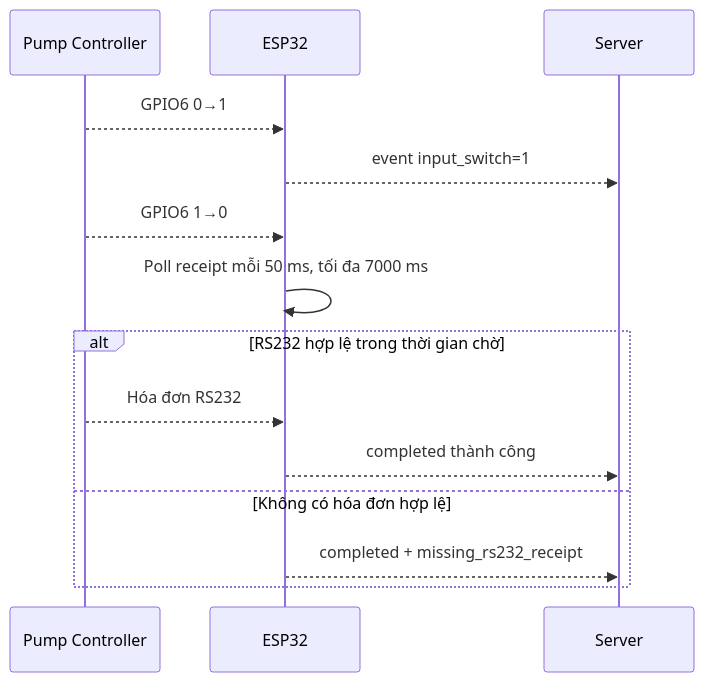
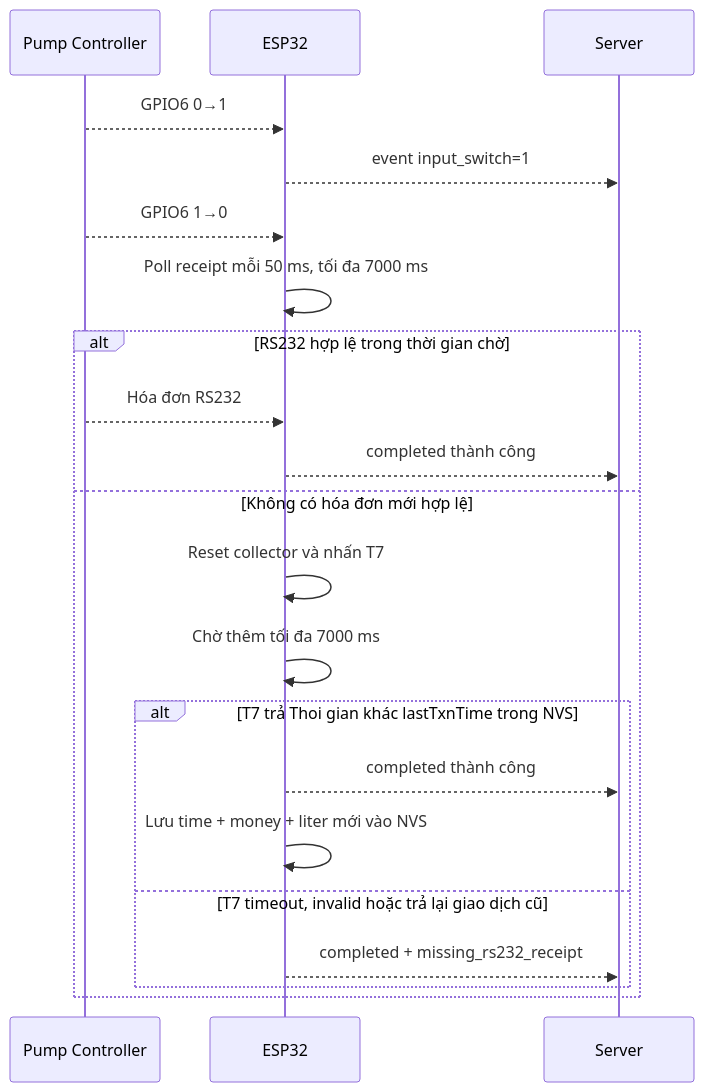
One commit to kenhkythuat/automatic_fuel_pump changed the fourth of 6 diagrams in docs/iot/payment-transaction-event/flow.md. Above: the diagram before and after it, drawn with Mermaid. The commit also changed other lines of this file and 8 other files, not shown here.

Commit message:
fix missing rs232 and add timeout 7s of version 21

````diff
--- a/docs/iot/payment-transaction-event/flow.md
+++ b/docs/iot/payment-transaction-event/flow.md
@@ -95,17 +97,24 @@
 ```mermaid
 sequenceDiagram
     participant P as Pump Controller
     participant E as ESP32
     participant S as Server
 
     P-->>E: GPIO6 0→1
     E-->>S: event input_switch=1
     P-->>E: GPIO6 1→0
     E->>E: Poll receipt mỗi 50 ms, tối đa 7000 ms
     alt RS232 hợp lệ trong thời gian chờ
         P-->>E: Hóa đơn RS232
         E-->>S: completed thành công
-    else Không có hóa đơn hợp lệ
-        E-->>S: completed + missing_rs232_receipt
+    else Không có hóa đơn mới hợp lệ
+        E->>E: Reset collector và nhấn T7
+        E->>E: Chờ thêm tối đa 7000 ms
+        alt T7 trả Thoi gian khác lastTxnTime trong NVS
+            E-->>S: completed thành công
+            E->>E: Lưu time + money + liter mới vào NVS
+        else T7 timeout, invalid hoặc trả lại giao dịch cũ
+            E-->>S: completed + missing_rs232_receipt
+        end
     end
 ```
````
